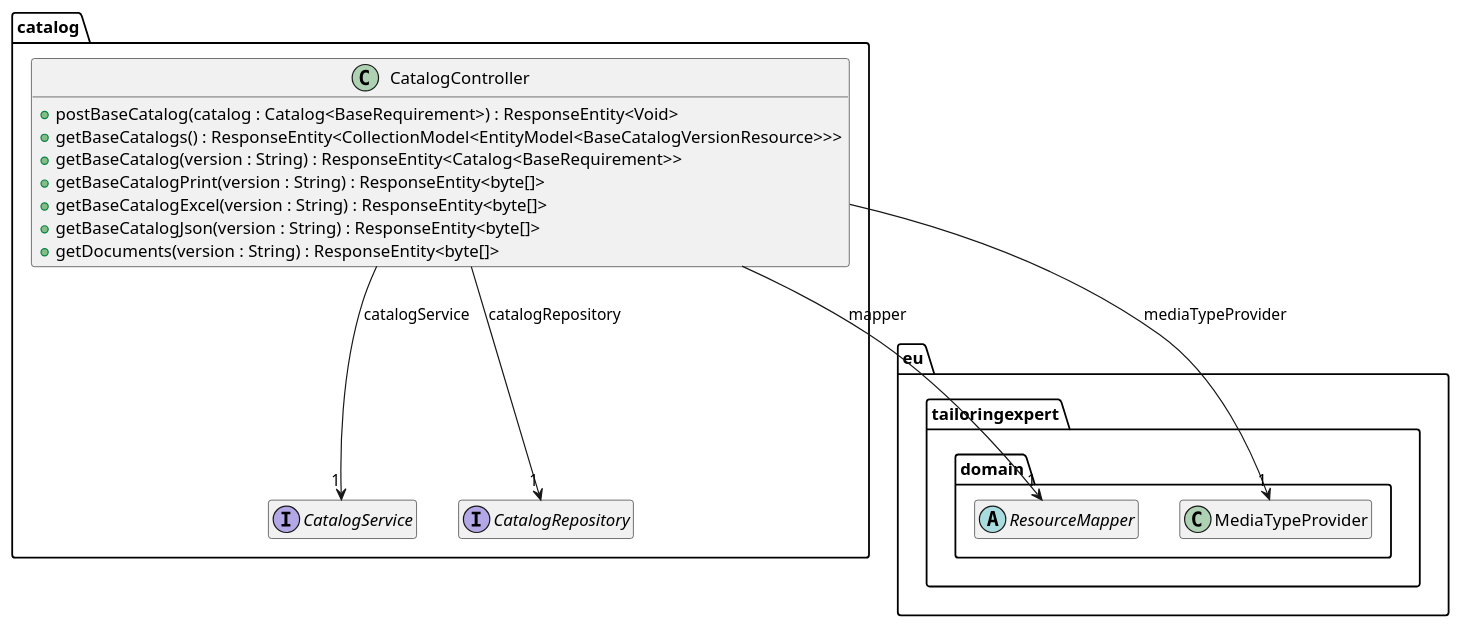
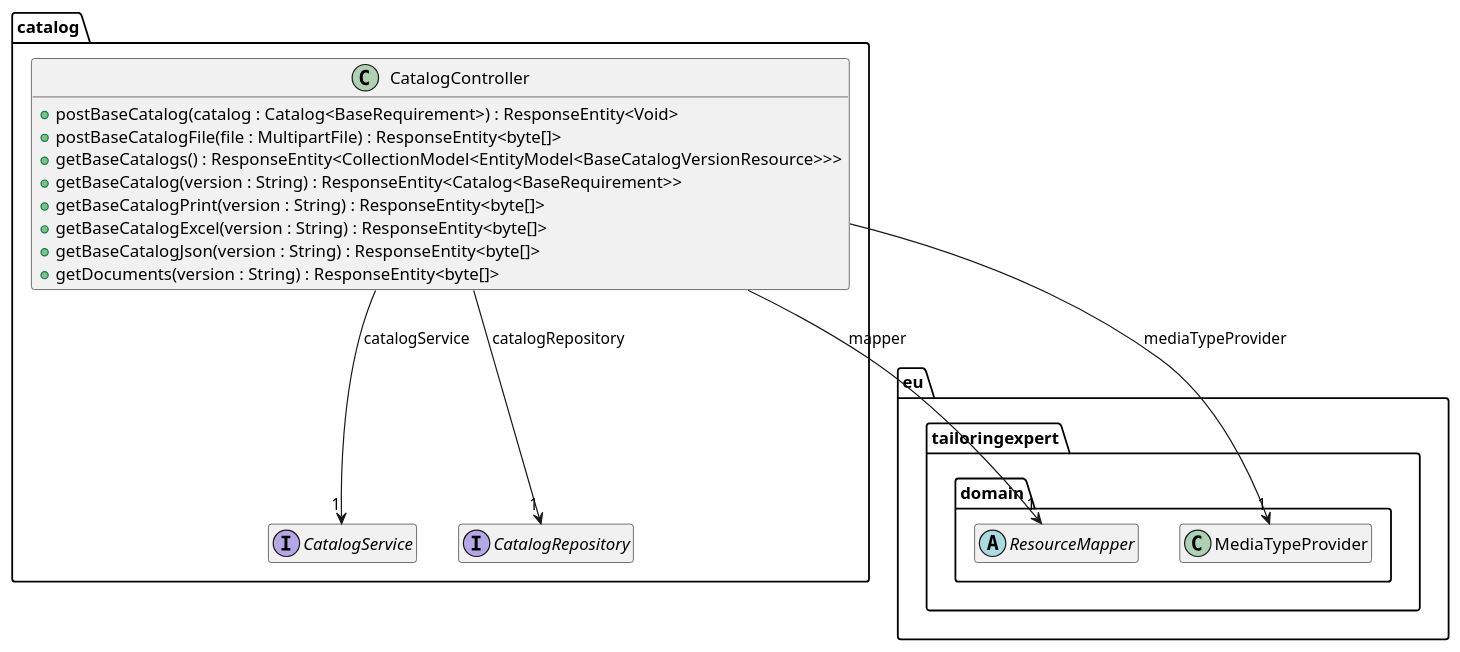
The diagram in src/site/arc42/plantuml/rest/catalog/Ebene3.plantuml (tailoringexpert/platform), drawn with PlantUML before and after one commit. The commit also changed 34 other files, not shown here.

```diff
--- a/src/site/arc42/plantuml/rest/catalog/Ebene3.plantuml
+++ b/src/site/arc42/plantuml/rest/catalog/Ebene3.plantuml
@@ -1,35 +1,36 @@
 @startuml
 hide empty members
 
 package eu.tailoringexpert {
     package domain {
         abstract class ResourceMapper
         class MediaTypeProvider
     }
 }
 
 package catalog {
 
     interface CatalogService {
     }
 
     interface CatalogRepository {
     }
 
     class CatalogController {
         +postBaseCatalog(catalog : Catalog<BaseRequirement>) : ResponseEntity<Void>
+        +postBaseCatalogFile(file : MultipartFile) : ResponseEntity<byte[]>
         +getBaseCatalogs() : ResponseEntity<CollectionModel<EntityModel<BaseCatalogVersionResource>>>
         +getBaseCatalog(version : String) : ResponseEntity<Catalog<BaseRequirement>>
         +getBaseCatalogPrint(version : String) : ResponseEntity<byte[]>
         +getBaseCatalogExcel(version : String) : ResponseEntity<byte[]>
         +getBaseCatalogJson(version : String) : ResponseEntity<byte[]>
         +getDocuments(version : String) : ResponseEntity<byte[]>
     }
 
 
     CatalogController --> "1" ResourceMapper : mapper
     CatalogController --> "1" CatalogService : catalogService
     CatalogController --> "1" CatalogRepository : catalogRepository
     CatalogController --> "1" MediaTypeProvider : mediaTypeProvider
 }
 @enduml
```
